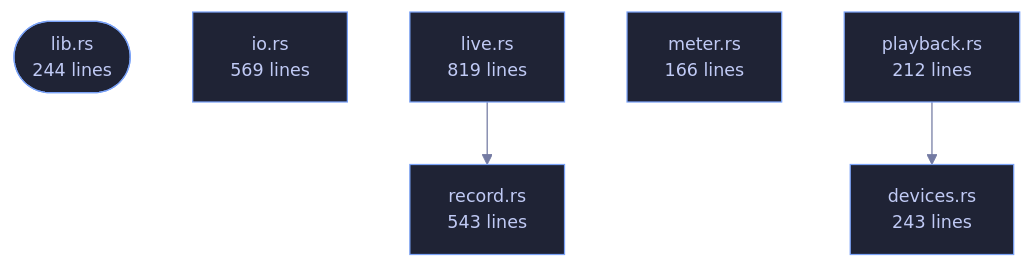
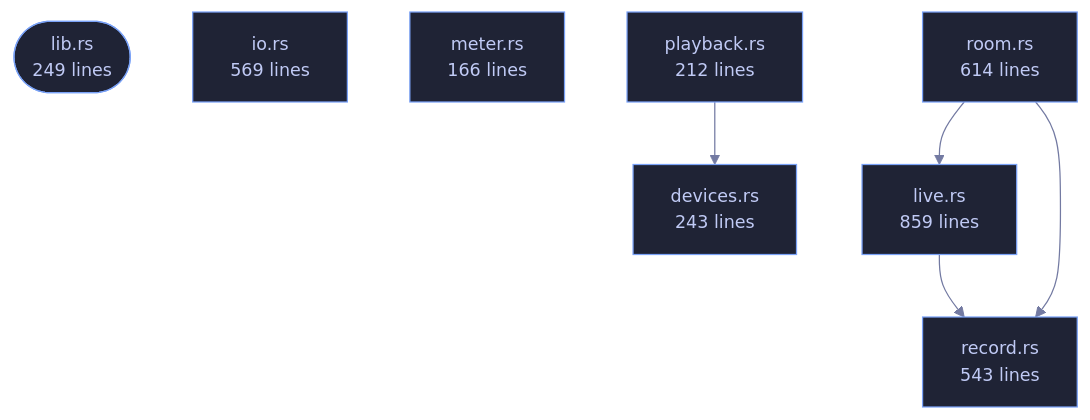
Before and after one commit to tilas01/veilvoice: the diagram in crates/veilvoice-audio/README.md, drawn with Mermaid. The commit also changed other lines of this file and 37 other files, not shown here.

````diff
--- a/crates/veilvoice-audio/README.md
+++ b/crates/veilvoice-audio/README.md
@@ -80,20 +80,24 @@
 ```mermaid
 %%{init: {"theme":"base","themeVariables":{"background":"#1a1b26","primaryColor":"#1f2335","primaryTextColor":"#c0caf5","primaryBorderColor":"#7aa2f7","secondaryColor":"#16161e","tertiaryColor":"#16161e","lineColor":"#737aa2","textColor":"#c0caf5","mainBkg":"#1f2335","nodeBorder":"#7aa2f7","clusterBkg":"#16161e","clusterBorder":"#2f3549","fontFamily":"ui-monospace, SFMono-Regular, Consolas, monospace","fontSize":"14px"}}}%%
 flowchart TD
-    n_lib(["lib.rs<br/>244 lines"])
+    n_lib(["lib.rs<br/>249 lines"])
     n_devices["devices.rs<br/>243 lines"]
     n_io["io.rs<br/>569 lines"]
-    n_live["live.rs<br/>819 lines"]
+    n_live["live.rs<br/>859 lines"]
     n_meter["meter.rs<br/>166 lines"]
     n_playback["playback.rs<br/>212 lines"]
     n_record["record.rs<br/>543 lines"]
+    n_room["room.rs<br/>614 lines"]
     n_live --> n_record
     n_playback --> n_devices
+    n_room --> n_live
+    n_room --> n_record
     click n_lib href "https://github.com/tilas01/veilvoice/blob/main/crates/veilvoice-audio/src/lib.rs" "open the source"
     click n_devices href "https://github.com/tilas01/veilvoice/blob/main/crates/veilvoice-audio/src/devices.rs" "open the source"
     click n_io href "https://github.com/tilas01/veilvoice/blob/main/crates/veilvoice-audio/src/io.rs" "open the source"
     click n_live href "https://github.com/tilas01/veilvoice/blob/main/crates/veilvoice-audio/src/live.rs" "open the source"
     click n_meter href "https://github.com/tilas01/veilvoice/blob/main/crates/veilvoice-audio/src/meter.rs" "open the source"
     click n_playback href "https://github.com/tilas01/veilvoice/blob/main/crates/veilvoice-audio/src/playback.rs" "open the source"
     click n_record href "https://github.com/tilas01/veilvoice/blob/main/crates/veilvoice-audio/src/record.rs" "open the source"
+    click n_room href "https://github.com/tilas01/veilvoice/blob/main/crates/veilvoice-audio/src/room.rs" "open the source"
 ```
````
